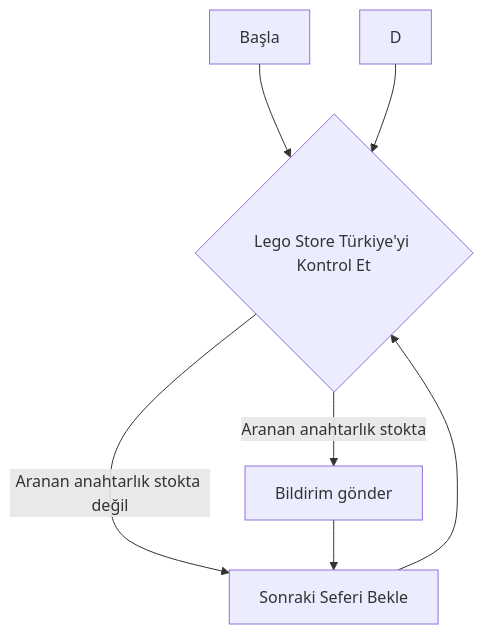
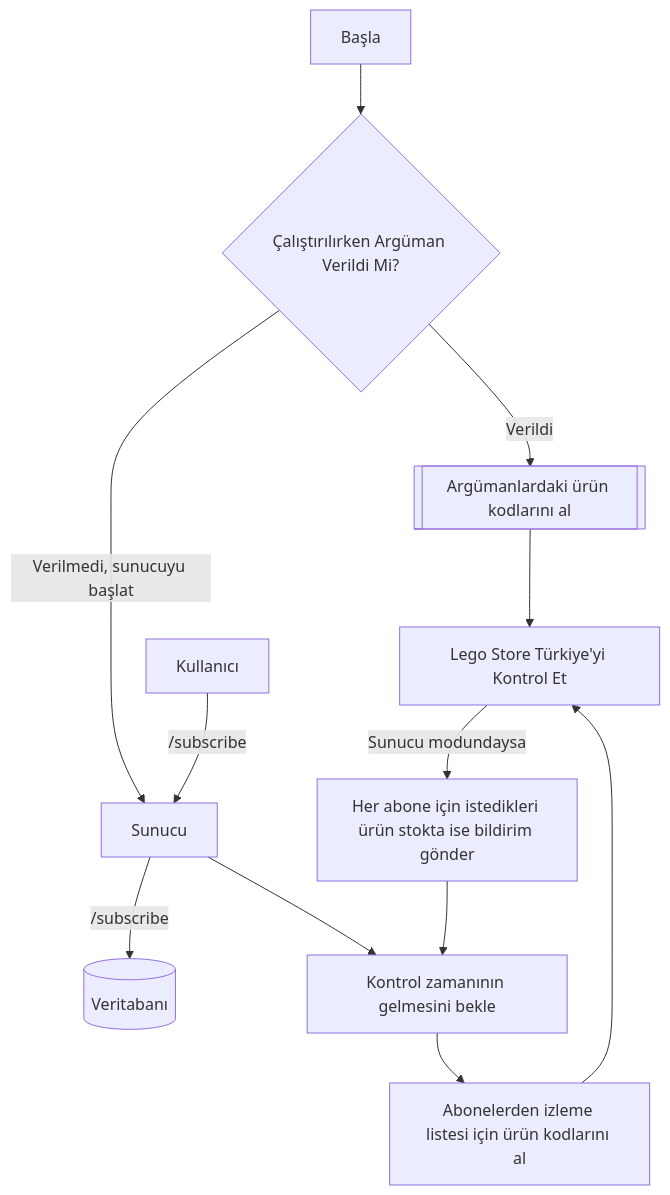
Before and after one commit to yussufbiyik/lego-store-stock-checker: the first of 2 diagrams in readme.md, drawn with Mermaid. The commit also changed other lines of this file, not shown here.

````diff
--- a/readme.md
+++ b/readme.md
@@ -8,9 +11,14 @@
 ```mermaid
 graph TD;
-    A[Başla] --> B{Lego Store Türkiye'yi Kontrol Et};
-    B -->|Aranan anahtarlık stokta| C[Bildirim gönder];
-    B -->|Aranan anahtarlık stokta değil| E;
-    C --> E[Sonraki Seferi Bekle];
-    D --> B;
-    E --> B;
+    A[Başla] --> B{Çalıştırılırken Argüman Verildi Mi?}
+    B --> |Verildi| C[[Argümanlardaki ürün kodlarını al]]
+    C --> D[Lego Store Türkiye'yi Kontrol Et]
+    B --> |Verilmedi, sunucuyu başlat| E[Sunucu]
+    F[Kullanıcı] --> |/subscribe| E
+    E --> |/subscribe| I[(Veritabanı)]
+    E --> G[Kontrol zamanının gelmesini bekle]
+    G --> H[Abonelerden izleme listesi için ürün kodlarını al]
+    H --> D
+    D --> |Sunucu modundaysa| J[Her abone için istedikleri ürün stokta ise bildirim gönder]
+    J --> G
 ```
````
